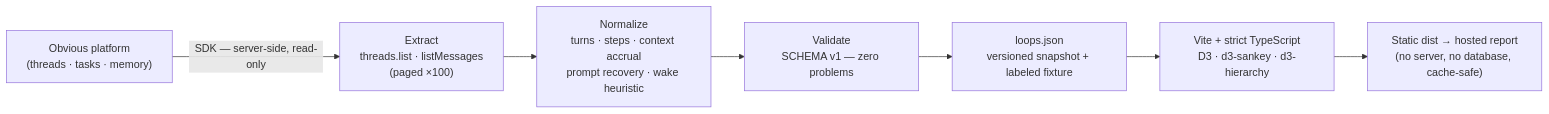
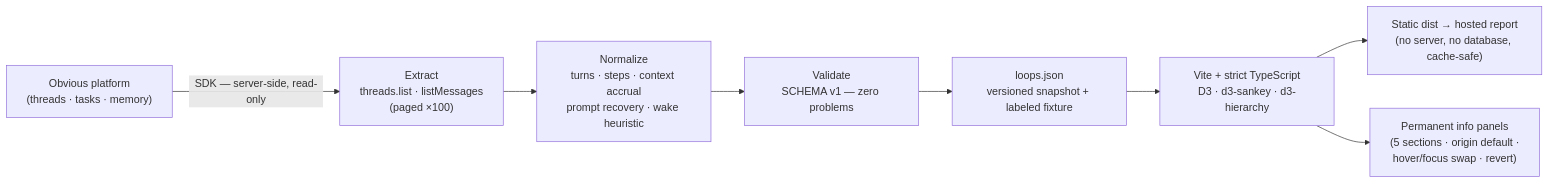
One commit to wiinci/agents-visualized changed the first of 2 diagrams in docs/explainer.md. Above: the diagram before and after it, drawn with Mermaid. The commit also changed other lines of this file and 46 other files, not shown here.

````diff
--- a/docs/explainer.md
+++ b/docs/explainer.md
@@ -78,9 +78,10 @@
 ```mermaid
 flowchart LR
   A["Obvious platform<br/>(threads · tasks · memory)"] -->|"SDK — server-side, read-only"| B["Extract<br/>threads.list · listMessages<br/>(paged ×100)"]
   B --> C["Normalize<br/>turns · steps · context accrual<br/>prompt recovery · wake heuristic"]
   C --> D["Validate<br/>SCHEMA v1 — zero problems"]
   D --> E["loops.json<br/>versioned snapshot + labeled fixture"]
   E --> F["Vite + strict TypeScript<br/>D3 · d3-sankey · d3-hierarchy"]
   F --> G["Static dist → hosted report<br/>(no server, no database, cache-safe)"]
+  F --> H["Permanent info panels<br/>(5 sections · origin default ·<br/>hover/focus swap · revert)"]
 ```
````
